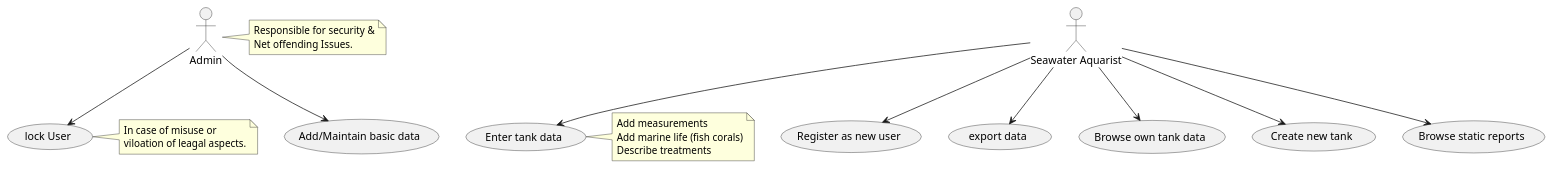
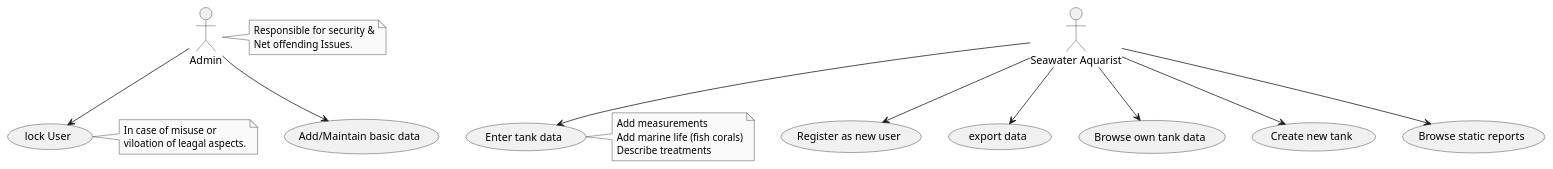
One commit to StefanSchubert/sabi changed the diagram in sabi-parent/sabi-server/UML/3.1_BusinessContext/UseCases_Sabi.puml. Above: the diagram before and after it, drawn with PlantUML. The commit also changed 11 other files, not shown here.

Commit message:
Beautified UML diagramms (switched BE from tomcat to SpringBootApp)

```diff
--- a/sabi-parent/sabi-server/UML/3.1_BusinessContext/UseCases_Sabi.puml
+++ b/sabi-parent/sabi-server/UML/3.1_BusinessContext/UseCases_Sabi.puml
@@ -1,49 +1,53 @@
 @startuml
+
+skinparam monochrome true
+skinparam componentStyle uml2
+
 ' Actors
 :Seawater Aquarist: as User
 :Admin: as Admin
 
 
 note right of Admin
 Responsible for security &
 Net offending Issues.
 end note
 
 
 ' Use Cases
 (Register as new user) as (Reg)
 (export data) as (export)
 (Browse own tank data) as (listData)
 (Create new tank) as (addTank)
 (Enter tank data) as (maintainTank)
 (Browse static reports) as (reports)
 
 (lock User) as (lock)
 (Add/Maintain basic data) as (admin)
 
 ' Uses
 User --> (Reg)
 User --> (export)
 User --> (listData)
 User --> (addTank)
 User --> (maintainTank)
 User --> (reports)
 
 Admin --> (lock)
 Admin --> (admin)
 
 note right of (lock)
 In case of misuse or
 viloation of leagal aspects.
 end note
 
 note right of (maintainTank)
 Add measurements
 Add marine life (fish corals)
 Describe treatments
 end note
 
 ' note "This note is connected\nto several objects." as N2
 ' (Start) .. N2
 ' N2 .. (Use)
 @enduml
```
